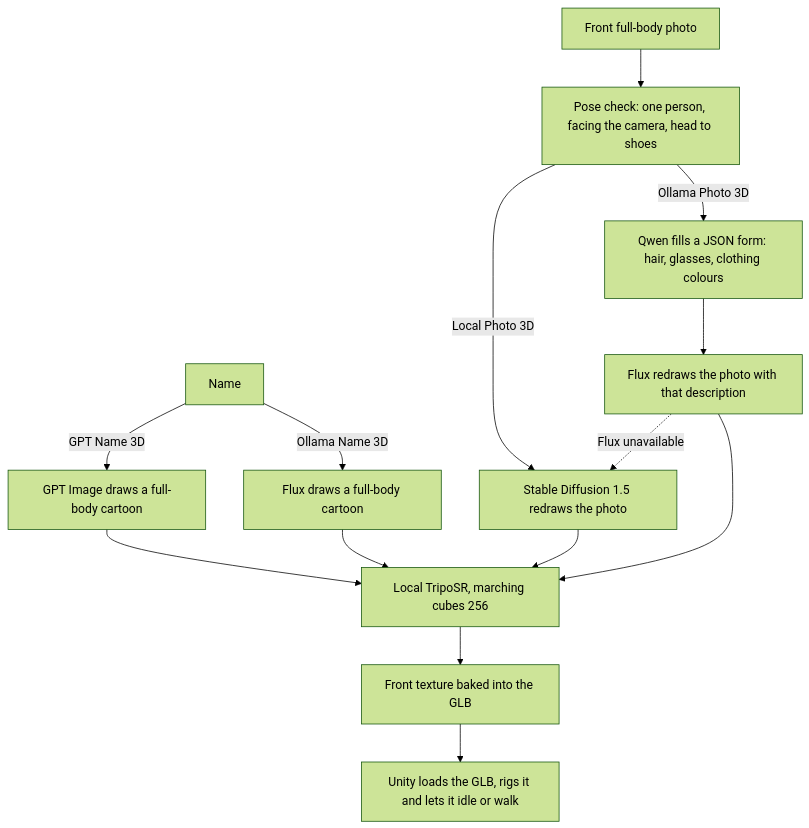
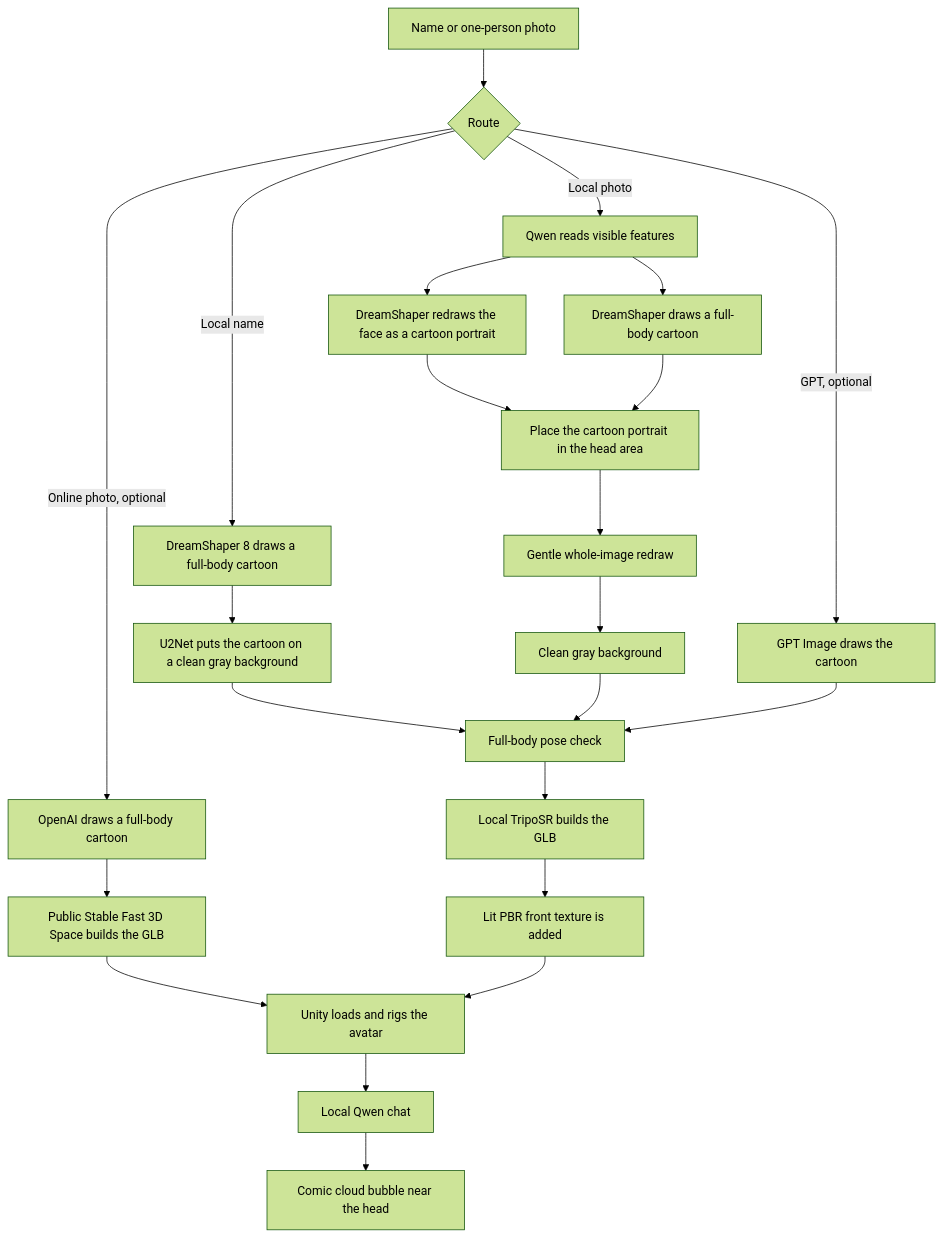
One commit to JiAXiAnGYaN/6-meta-avatar-llm changed the diagram in Test/README.md. Above: the diagram before and after it, drawn with Mermaid (forest theme). The commit also changed other lines of this file and 10 other files, not shown here.

````diff
--- a/Test/README.md
+++ b/Test/README.md
@@ -7,16 +11,25 @@
 ```mermaid
 flowchart TD
-    N["Name"] -->|GPT Name 3D| G["GPT Image draws a full-body cartoon"]
-    N -->|Ollama Name 3D| F1["Flux draws a full-body cartoon"]
-    P["Front full-body photo"] --> V["Pose check: one person, facing the camera, head to shoes"]
-    V -->|Local Photo 3D| S["Stable Diffusion 1.5 redraws the photo"]
-    V -->|Ollama Photo 3D| Q["Qwen fills a JSON form: hair, glasses, clothing colours"]
-    Q --> F2["Flux redraws the photo with that description"]
-    F2 -. "Flux unavailable" .-> S
-    G --> T["Local TripoSR, marching cubes 256"]
-    F1 --> T
-    S --> T
-    F2 --> T
-    T --> B["Front texture baked into the GLB"]
-    B --> U["Unity loads the GLB, rigs it and lets it idle or walk"]
+    A[Name or one-person photo] --> B{Route}
+    B -->|Local name| C[DreamShaper 8 draws a full-body cartoon]
+    C --> C2[U2Net puts the cartoon on a clean gray background]
+    B -->|Local photo| D[Qwen reads visible features]
+    D --> E[DreamShaper redraws the face as a cartoon portrait]
+    D --> F[DreamShaper draws a full-body cartoon]
+    E --> F1[Place the cartoon portrait in the head area]
+    F --> F1
+    F1 --> F2[Gentle whole-image redraw]
+    F2 --> F3[Clean gray background]
+    B -->|GPT, optional| G[GPT Image draws the cartoon]
+    B -->|Online photo, optional| O[OpenAI draws a full-body cartoon]
+    O --> O2[Public Stable Fast 3D Space builds the GLB]
+    O2 --> J
+    C2 --> H[Full-body pose check]
+    F3 --> H
+    G --> H
+    H --> I[Local TripoSR builds the GLB]
+    I --> I2[Lit PBR front texture is added]
+    I2 --> J[Unity loads and rigs the avatar]
+    J --> K[Local Qwen chat]
+    K --> L[Comic cloud bubble near the head]
 ```
````
